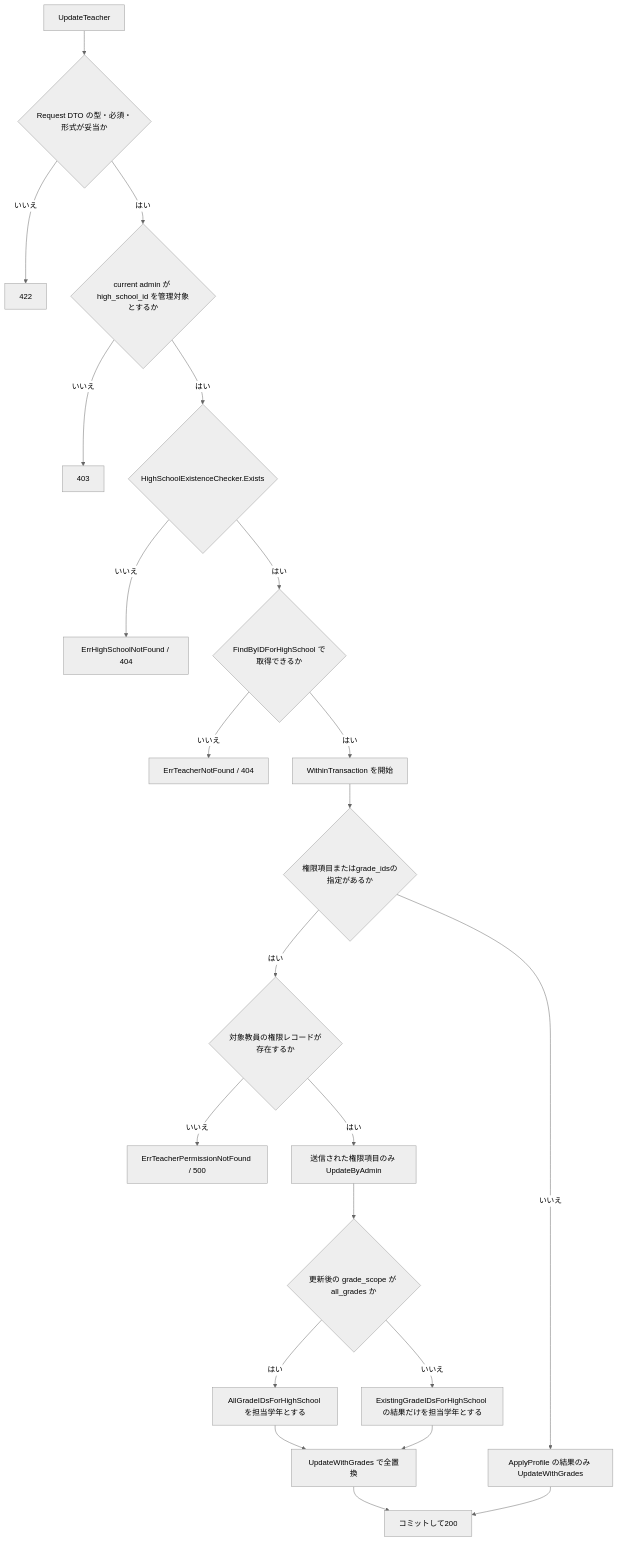
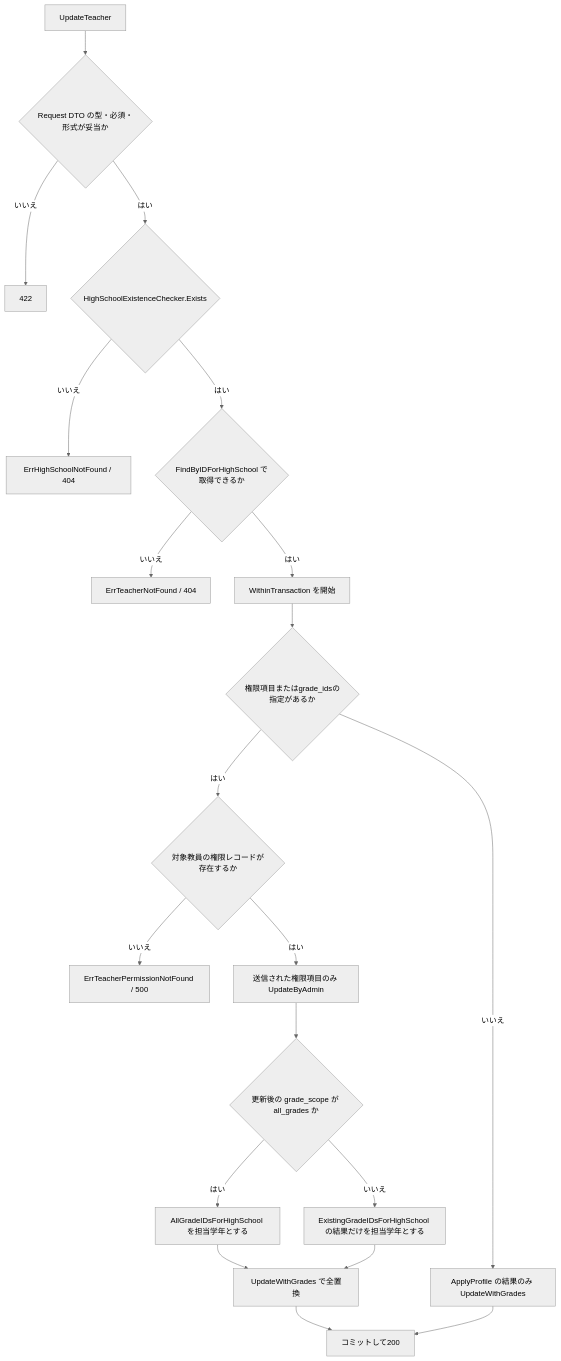
One commit to yuta20253/edu-platform-go-design changed the fifth of 5 diagrams in 計画書/Go実装仕様書/管理者教員管理機能_Go実装仕様書.md. Above: the diagram before and after it, drawn with Mermaid (neutral theme). The commit also changed other lines of this file and 2 other files, not shown here.

````diff
--- a/計画書/Go実装仕様書/管理者教員管理機能_Go実装仕様書.md
+++ b/計画書/Go実装仕様書/管理者教員管理機能_Go実装仕様書.md
@@ -509,24 +518,22 @@
 ```mermaid
 flowchart TD
     A[UpdateTeacher] --> B{Request DTO の型・必須・形式が妥当か}
     B -- いいえ --> B1[422]
-    B -- はい --> C{current admin が high_school_id を管理対象とするか}
-    C -- いいえ --> C1[403]
-    C -- はい --> D{HighSchoolExistenceChecker.Exists}
+    B -- はい --> D{HighSchoolExistenceChecker.Exists}
     D -- いいえ --> D1[ErrHighSchoolNotFound / 404]
     D -- はい --> E{FindByIDForHighSchool で取得できるか}
     E -- いいえ --> E1[ErrTeacherNotFound / 404]
     E -- はい --> F[WithinTransaction を開始]
     F --> G{権限項目またはgrade_idsの指定があるか}
     G -- いいえ --> H[ApplyProfile の結果のみ UpdateWithGrades]
     G -- はい --> I{対象教員の権限レコードが存在するか}
     I -- いいえ --> I1[ErrTeacherPermissionNotFound / 500]
     I -- はい --> J[送信された権限項目のみ UpdateByAdmin]
     J --> K{更新後の grade_scope が all_grades か}
     K -- はい --> L[AllGradeIDsForHighSchool を担当学年とする]
     K -- いいえ --> M[ExistingGradeIDsForHighSchool の結果だけを担当学年とする]
     L --> N[UpdateWithGrades で全置換]
     M --> N
     N --> O[コミットして200]
     H --> O
 ```
````
